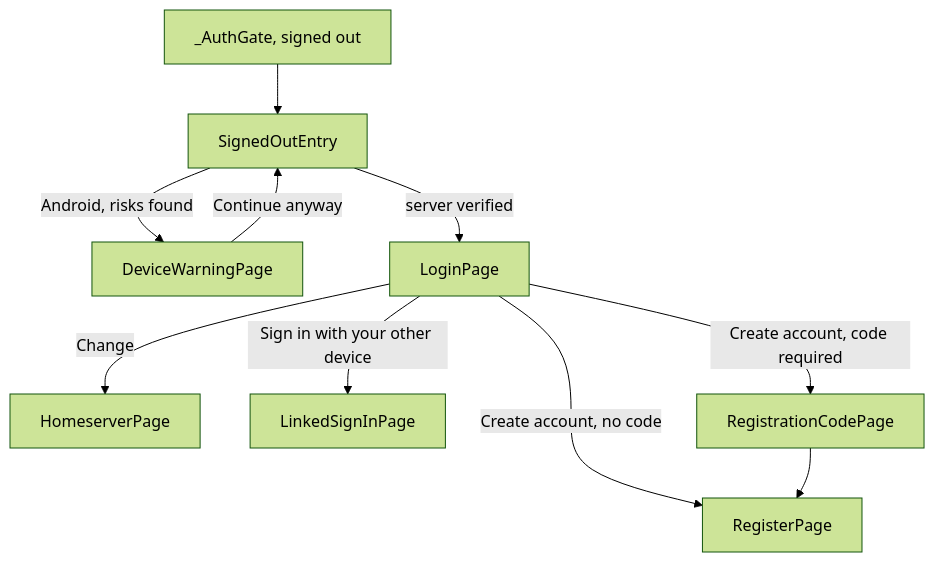
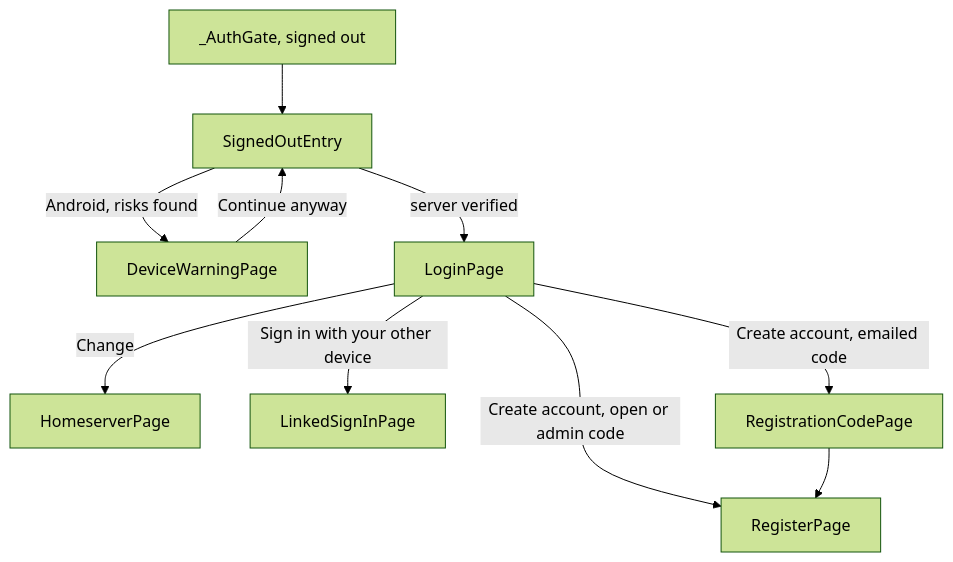
One commit to Zuno-Chat/zuno-chat changed the first of 2 diagrams in docs/features/authentication.md. Above: the diagram before and after it, drawn with Mermaid (forest theme). The commit also changed other lines of this file and 61 other files, not shown here.

````diff
--- a/docs/features/authentication.md
+++ b/docs/features/authentication.md
@@ -18,12 +18,12 @@
 ```mermaid
 flowchart TD
   Gate["_AuthGate, signed out"] --> Entry[SignedOutEntry]
   Entry -->|Android, risks found| Warn[DeviceWarningPage]
   Warn -->|Continue anyway| Entry
   Entry -->|server verified| Login[LoginPage]
   Login -->|Change| Server[HomeserverPage]
   Login -->|Sign in with your other device| Linked[LinkedSignInPage]
-  Login -->|Create account, code required| Code[RegistrationCodePage]
-  Login -->|Create account, no code| Register[RegisterPage]
+  Login -->|Create account, emailed code| Code[RegistrationCodePage]
+  Login -->|Create account, open or admin code| Register[RegisterPage]
   Code --> Register
 ```
````
